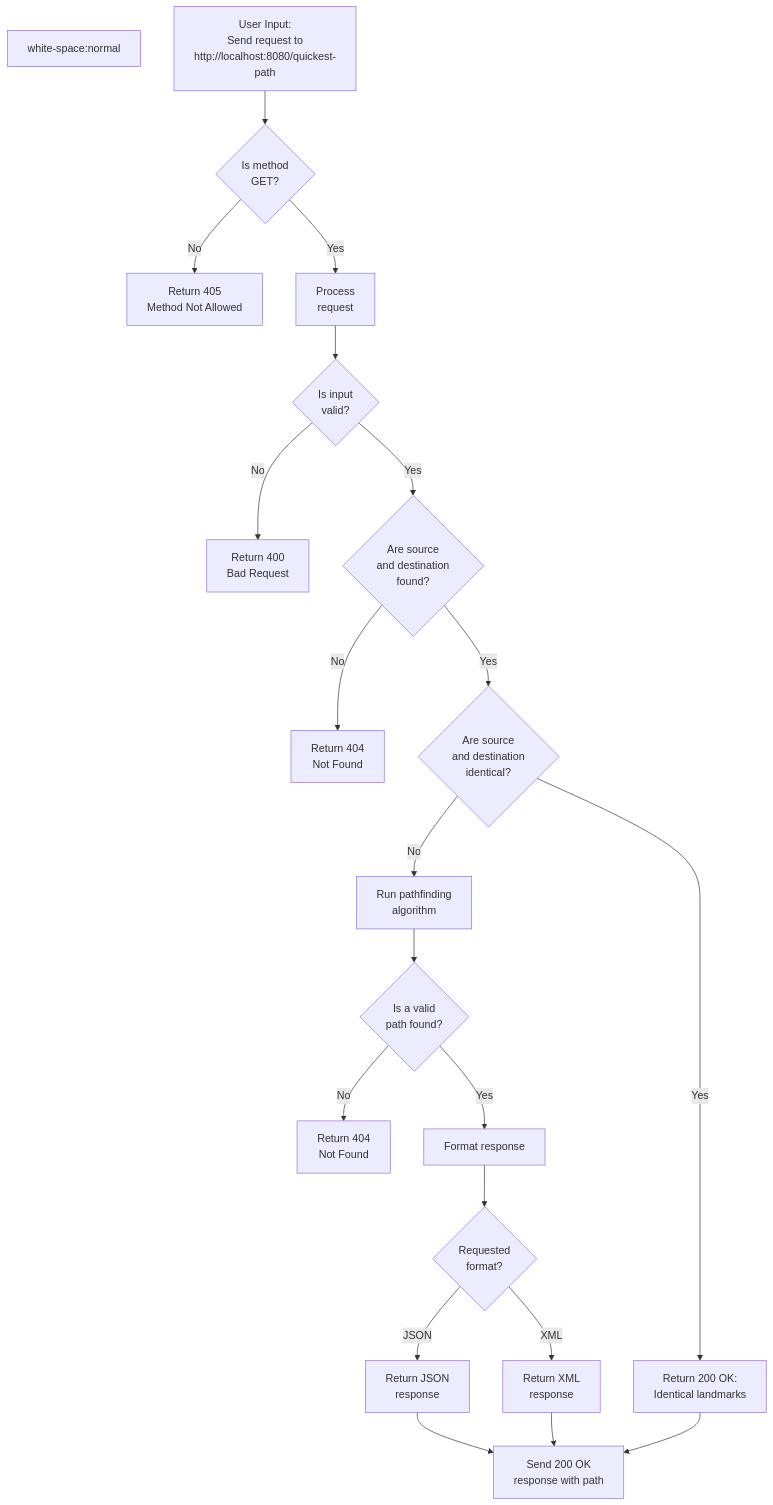
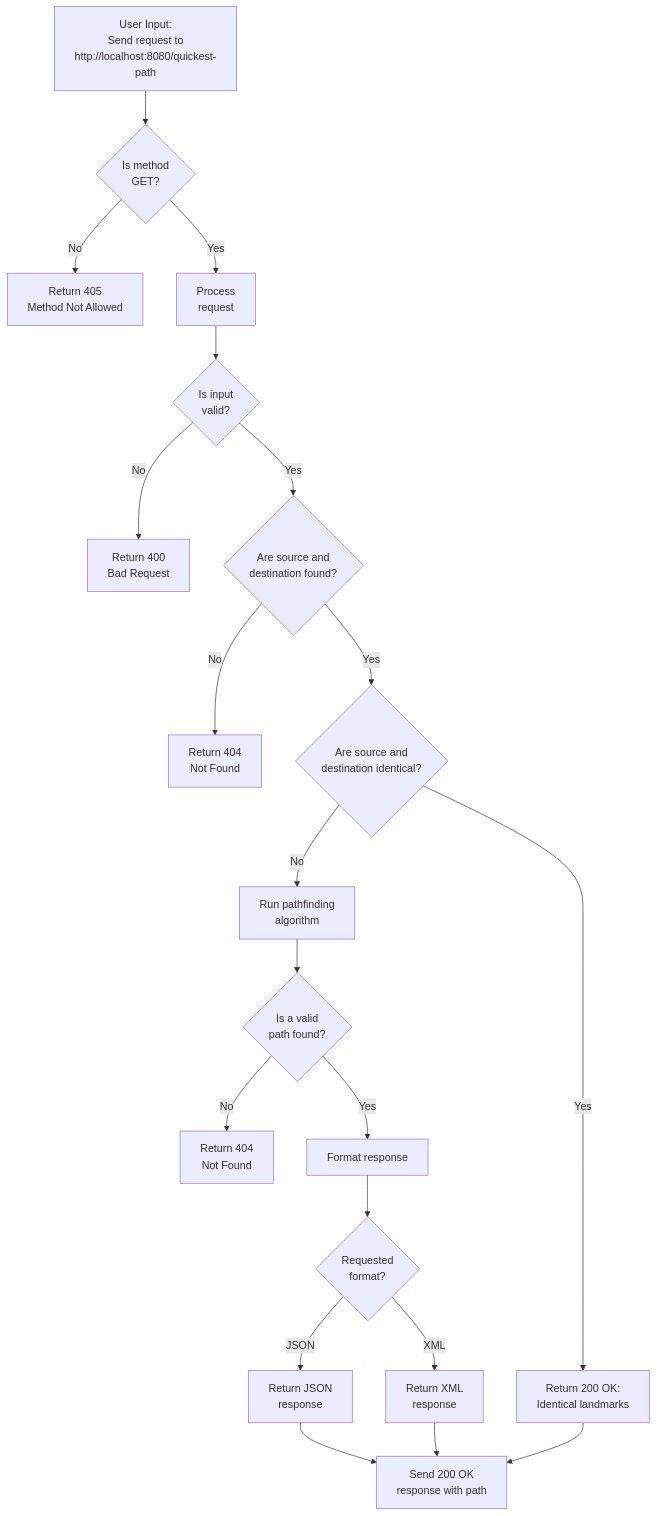
The diagram in Document/Functional/FunctionalSpecifications.md (algosup/2024-2025-project-3-quickest-path-team-7), drawn with Mermaid before and after one commit.

Commit message:
[Program Manager] Fix graph rendering

````diff
--- a/Document/Functional/FunctionalSpecifications.md
+++ b/Document/Functional/FunctionalSpecifications.md
@@ -757,25 +757,23 @@
 ```mermaid
 graph TD
-  classDef wrapClass text-align:center;white-space:normal;
-
-  A["User Input:<br>Send request to<br>http://localhost:8080/quickest-path"]:::wrapClass
-  A --> B{"Is method<br>GET?"}:::wrapClass
-  B -->|"No"| C["Return 405<br>Method Not Allowed"]:::wrapClass
-  B -->|"Yes"| D["Process<br>request"]:::wrapClass
-  D --> E{"Is input<br>valid?"}:::wrapClass
-  E -->|"No"| F["Return 400<br>Bad Request"]:::wrapClass
-  E -->|"Yes"| G{"Are source<br>and destination<br>found?"}:::wrapClass
-  G -->|"No"| H["Return 404<br>Not Found"]:::wrapClass
-  G -->|"Yes"| I{"Are source<br>and destination<br>identical?"}:::wrapClass
-  I -->|"Yes"| J["Return 200 OK:<br>Identical landmarks"]:::wrapClass
-  I -->|"No"| K["Run pathfinding<br>algorithm"]:::wrapClass
-  K --> L{"Is a valid<br>path found?"}:::wrapClass
-  L -->|"No"| M["Return 404<br>Not Found"]:::wrapClass
-  L -->|"Yes"| N["Format response"]:::wrapClass
-  N --> O{"Requested<br>format?"}:::wrapClass
-  O -->|"JSON"| P["Return JSON<br>response"]:::wrapClass
-  O -->|"XML"| Q["Return XML<br>response"]:::wrapClass
-  P --> R["Send 200 OK<br>response with path"]:::wrapClass
+  A["User Input:<br>Send request to<br>http://localhost:8080/quickest-path"]
+  A --> B{"Is method<br>GET?"}
+  B -->|"No"| C["Return 405<br>Method Not Allowed"]
+  B -->|"Yes"| D["Process<br>request"]
+  D --> E{"Is input<br>valid?"}
+  E -->|"No"| F["Return 400<br>Bad Request"]
+  E -->|"Yes"| G{"Are source and<br>destination found?"}
+  G -->|"No"| H["Return 404<br>Not Found"]
+  G -->|"Yes"| I{"Are source and<br>destination identical?"}
+  I -->|"Yes"| J["Return 200 OK:<br>Identical landmarks"]
+  I -->|"No"| K["Run pathfinding<br>algorithm"]
+  K --> L{"Is a valid<br>path found?"}
+  L -->|"No"| M["Return 404<br>Not Found"]
+  L -->|"Yes"| N["Format response"]
+  N --> O{"Requested<br>format?"}
+  O -->|"JSON"| P["Return JSON<br>response"]
+  O -->|"XML"| Q["Return XML<br>response"]
+  P --> R["Send 200 OK<br>response with path"]
   Q --> R
   J --> R
 ```
````
